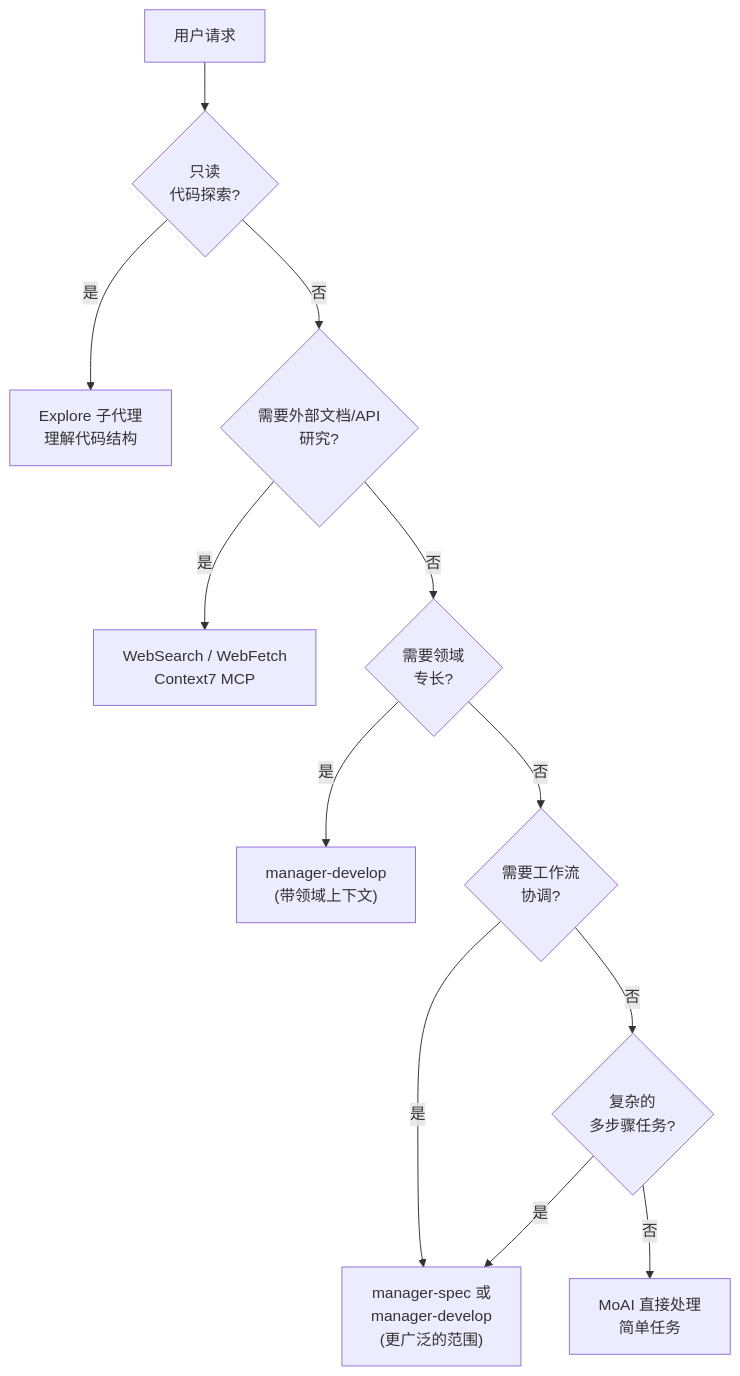
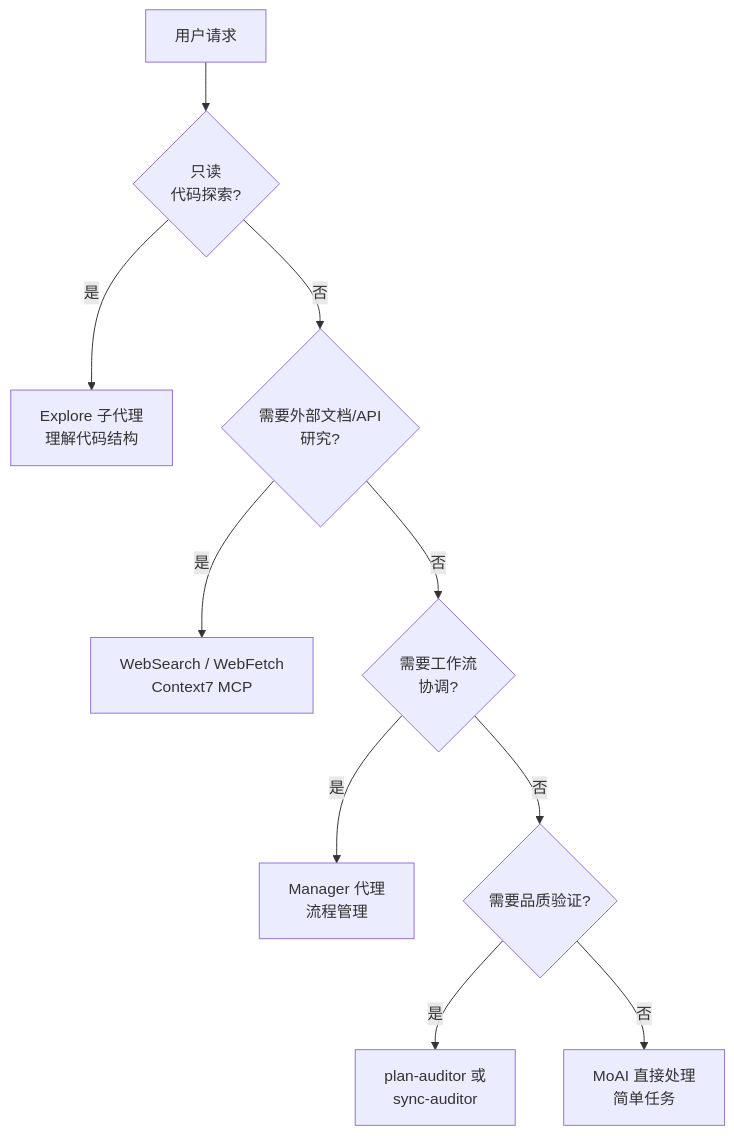
Before and after one commit to modu-ai/moai-adk: the diagram in docs-site/content/zh/advanced/agent-guide.md, drawn with Mermaid. The commit also changed other lines of this file and 4 other files, not shown here.

````diff
--- a/docs-site/content/zh/advanced/agent-guide.md
+++ b/docs-site/content/zh/advanced/agent-guide.md
@@ -158,19 +78,16 @@
 ```mermaid
 flowchart TD
-    START[用户请求] --> Q1{只读<br/>代码探索?}
+    START[用户请求] --> Q1{只读<br>代码探索?}
 
-    Q1 -->|是| EXPLORE["Explore 子代理<br/>理解代码结构"]
-    Q1 -->|否| Q2{需要外部文档/API<br/>研究?}
+    Q1 -->|是| EXPLORE["Explore 子代理<br>理解代码结构"]
+    Q1 -->|否| Q2{需要外部文档/API<br>研究?}
 
-    Q2 -->|是| WEB["WebSearch / WebFetch<br/>Context7 MCP"]
-    Q2 -->|否| Q3{需要领域<br/>专长?}
+    Q2 -->|是| WEB["WebSearch / WebFetch<br>Context7 MCP"]
+    Q2 -->|否| Q3{需要工作流<br>协调?}
 
-    Q3 -->|是| EXPERT["manager-develop<br/>(带领域上下文)"]
-    Q3 -->|否| Q4{需要工作流<br/>协调?}
+    Q3 -->|是| MANAGER["Manager 代理<br>流程管理"]
+    Q3 -->|否| Q4{需要品质验证?}
 
-    Q4 -->|是| MANAGER["manager-* 代理<br/>流程管理"]
-    Q4 -->|否| Q5{复杂的<br/>多步骤任务?}
-
-    Q5 -->|是| MANAGER["manager-spec 或<br/>manager-develop<br/>(更广泛的范围)"]
-    Q5 -->|否| DIRECT["MoAI 直接处理<br/>简单任务"]
+    Q4 -->|是| EVAL["plan-auditor 或<br>sync-auditor"]
+    Q4 -->|否| DIRECT["MoAI 直接处理<br>简单任务"]
 ```
````
